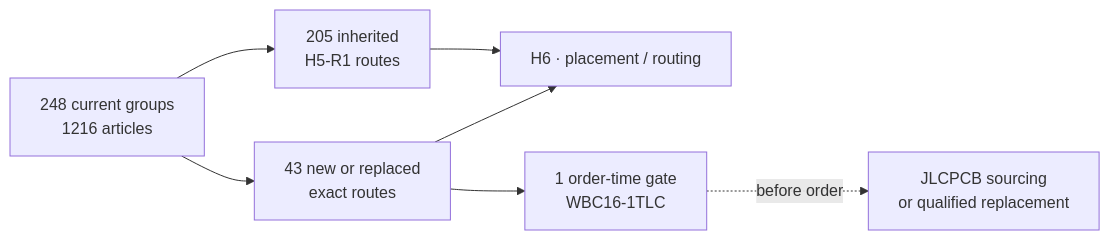
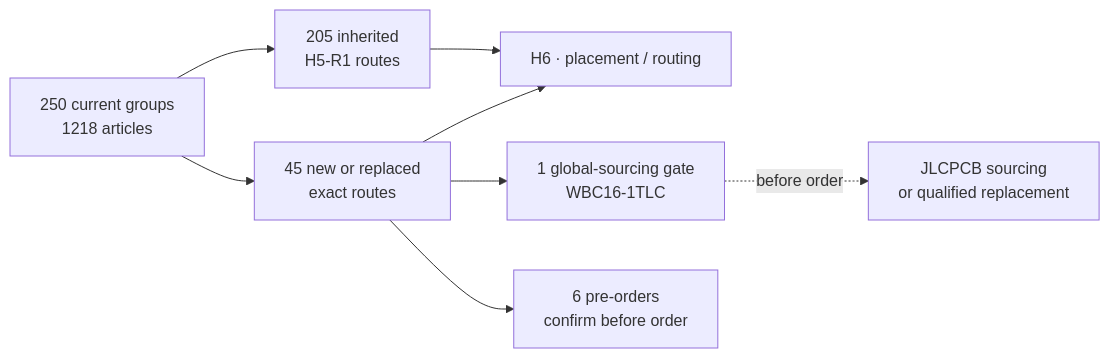
The diagram in docs/h5-r2-current-route.md (anton-vinogradov/esp32-leshy2), drawn with Mermaid before and after one commit. The commit also changed other lines of this file and 172 other files, not shown here.

````diff
--- a/docs/h5-r2-current-route.md
+++ b/docs/h5-r2-current-route.md
@@ -5,9 +5,10 @@
 ```mermaid
 flowchart LR
-  A["248 current groups<br/>1216 articles"] --> B["205 inherited<br/>H5-R1 routes"]
-  A --> C["43 new or replaced<br/>exact routes"]
+  A["250 current groups<br/>1218 articles"] --> B["205 inherited<br/>H5-R1 routes"]
+  A --> C["45 new or replaced<br/>exact routes"]
   B --> D["H6 · placement / routing"]
   C --> D
-  C --> E["1 order-time gate<br/>WBC16-1TLC"]
+  C --> E["1 global-sourcing gate<br/>WBC16-1TLC"]
+  C --> G["6 pre-orders<br/>confirm before order"]
   E -. "before order" .-> F["JLCPCB sourcing<br/>or qualified replacement"]
 ```
````
